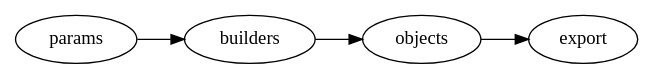
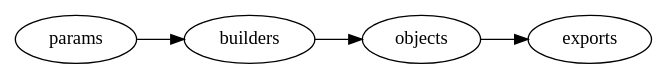
The diagram in README.org (brettviren/gegede), drawn with Graphviz before and after one commit. The commit also changed other lines of this file and 7 other files, not shown here.

```diff
--- a/README.org
+++ b/README.org
@@ -11,9 +11,9 @@
 #+BEGIN_SRC dot :cmd dot :cmdline -Tpng :file highlevel.png :exports results 
   # note: github exposes this, ignore it
   digraph "highlevel" {
     rankdir=LR;
     params -> builders;
     builders -> objects;
-    objects -> export;
+    objects -> exports;
   }
 #+END_SRC
```
